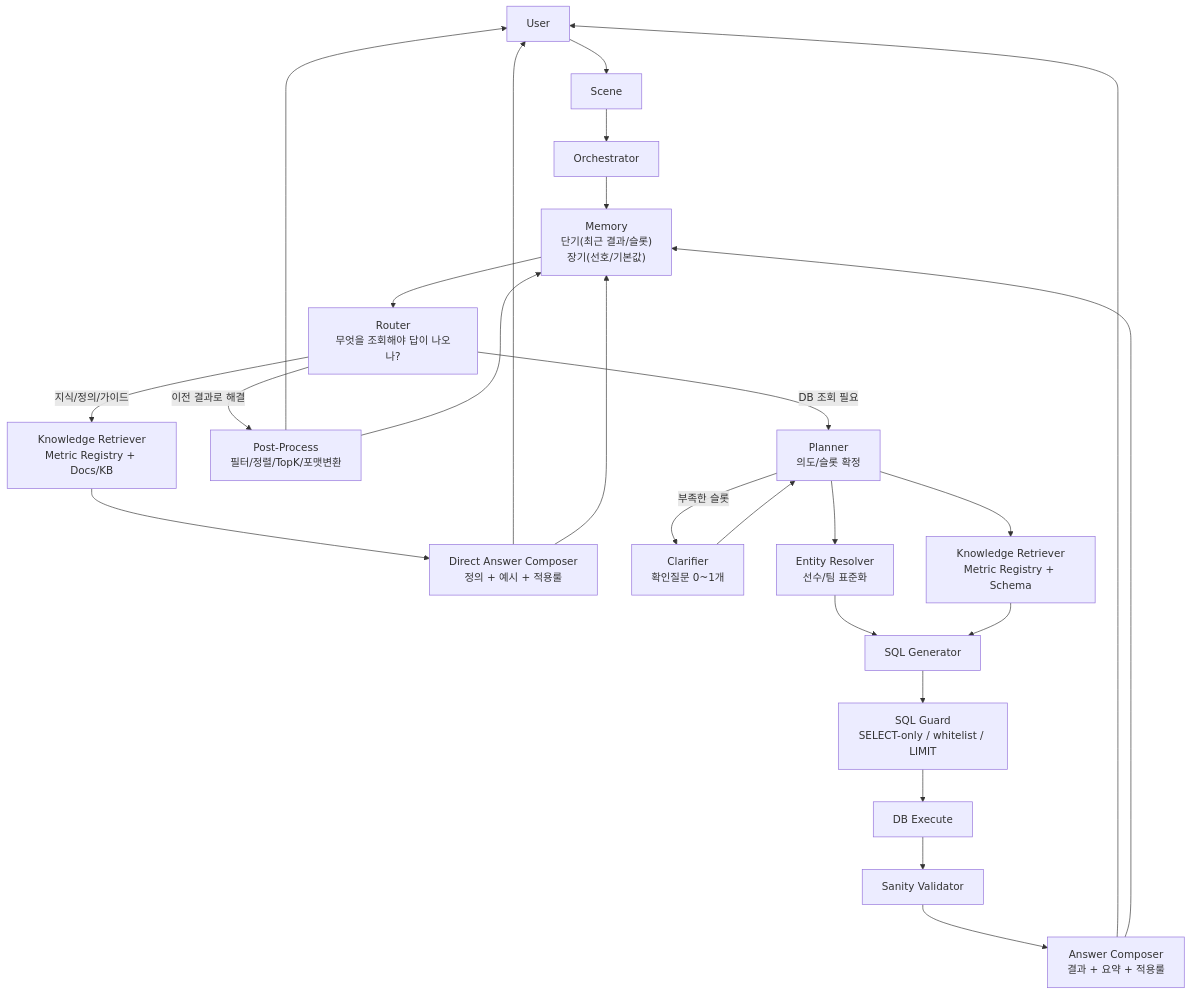
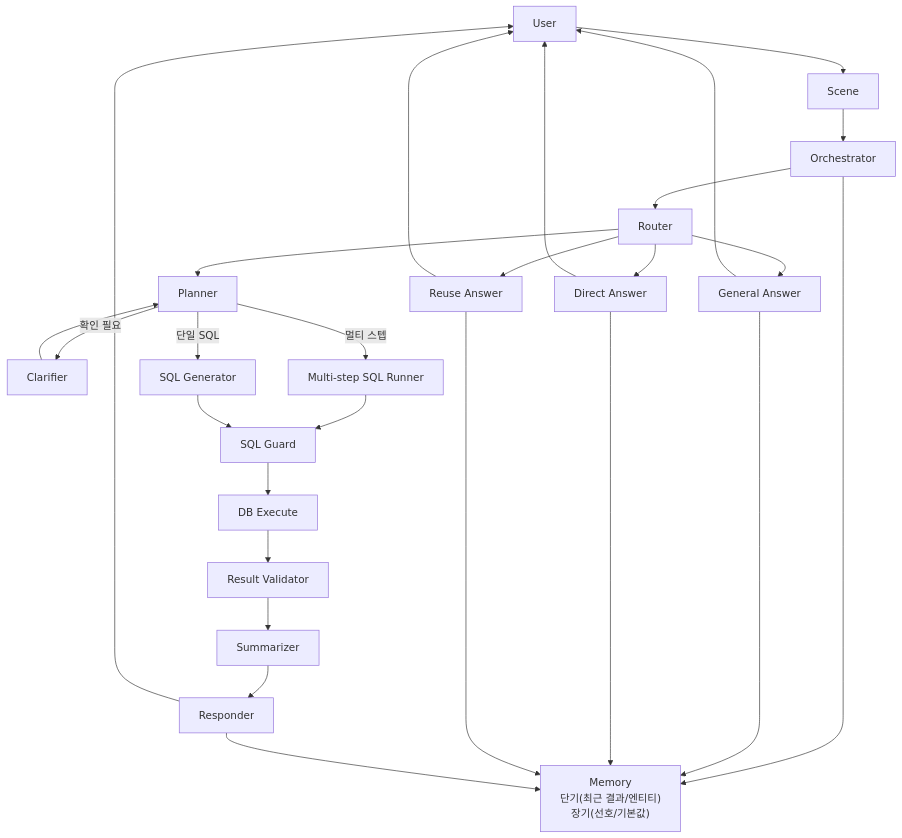
Before and after one commit to YongKyeom/nl2sql_nba_chatbot: the diagram in README.md, drawn with Mermaid. The commit also changed other lines of this file, not shown here.

Commit message:
[docs] 아키텍처 최신화. Fewshot 추가 방법 기술

````diff
--- a/README.md
+++ b/README.md
@@ -127,36 +148,35 @@
 ```mermaid
 flowchart TD
   U["User"] --> S["Scene"]
-  S --> A["Orchestrator"]
-  A --> CM["Memory<br/>단기(최근 결과/슬롯)<br/>장기(선호/기본값)"]
+  S --> O["Orchestrator"]
+  O --> M["Memory<br/>단기(최근 결과/엔티티)<br/>장기(선호/기본값)"]
 
-  CM --> R["Router<br/>무엇을 조회해야 답이 나오나?"]
+  O --> R["Router"]
+  R --> GA["General Answer"]
+  R --> DA["Direct Answer"]
+  R --> RE["Reuse Answer"]
+  R --> P["Planner"]
 
-  %% 1) Knowledge Retrieval only (Direct Answer but grounded)
-  R -->|지식/정의/가이드| KR["Knowledge Retriever<br/>Metric Registry + Docs/KB"]
-  KR --> DA["Direct Answer Composer<br/>정의 + 예시 + 적용룰"]
+  P -->|확인 필요| C["Clarifier"]
+  C --> P
+
+  P -->|멀티 스텝| MS["Multi-step SQL Runner"]
+  P -->|단일 SQL| SG["SQL Generator"]
+
+  MS --> G["SQL Guard"]
+  SG --> G
+  G --> EX["DB Execute"]
+  EX --> V["Result Validator"]
+  V --> SUM["Summarizer"]
+  SUM --> RESP["Responder"]
+
+  GA --> U
   DA --> U
-  DA --> CM
+  RE --> U
+  RESP --> U
 
-  %% 2) Previous result reuse
-  R -->|이전 결과로 해결| PR["Post-Process<br/>필터/정렬/TopK/포맷변환"]
-  PR --> U
-  PR --> CM
-
-  %% 3) Need DB query (SQL)
-  R -->|DB 조회 필요| P["Planner<br/>의도/슬롯 확정"]
-  P -->|부족한 슬롯| Q["Clarifier<br/>확인질문 0~1개"]
-  Q --> P
-
-  P --> ER["Entity Resolver<br/>선수/팀 표준화"]
-  P --> KR2["Knowledge Retriever<br/>Metric Registry + Schema"]
-  ER --> SG["SQL Generator"]
-  KR2 --> SG
-
-  SG --> GV["SQL Guard<br/>SELECT-only / whitelist / LIMIT"]
-  GV --> RUN["DB Execute"]
-  RUN --> SV["Sanity Validator"]
-  SV --> OUT["Answer Composer<br/>결과 + 요약 + 적용룰"]
-  OUT --> U
-  OUT --> CM
+  GA --> M
+  DA --> M
+  RE --> M
+  RESP --> M
 ```
````
